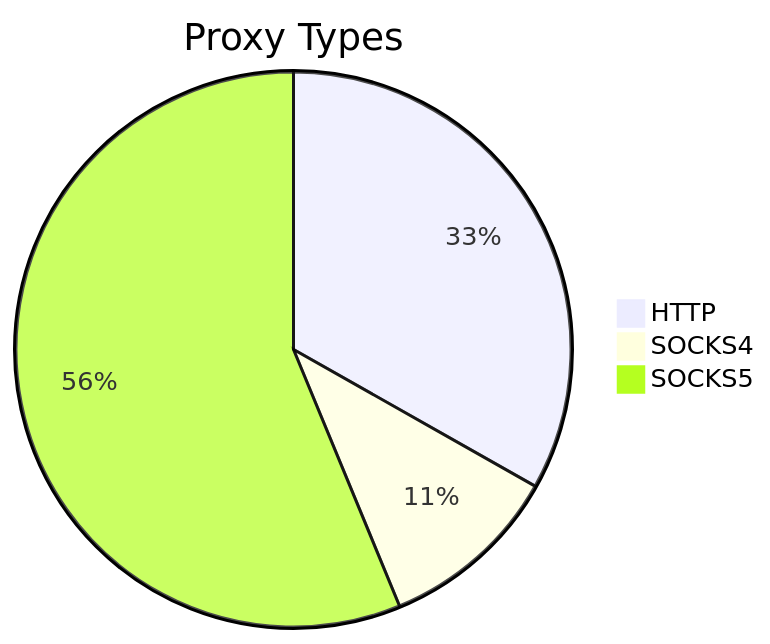
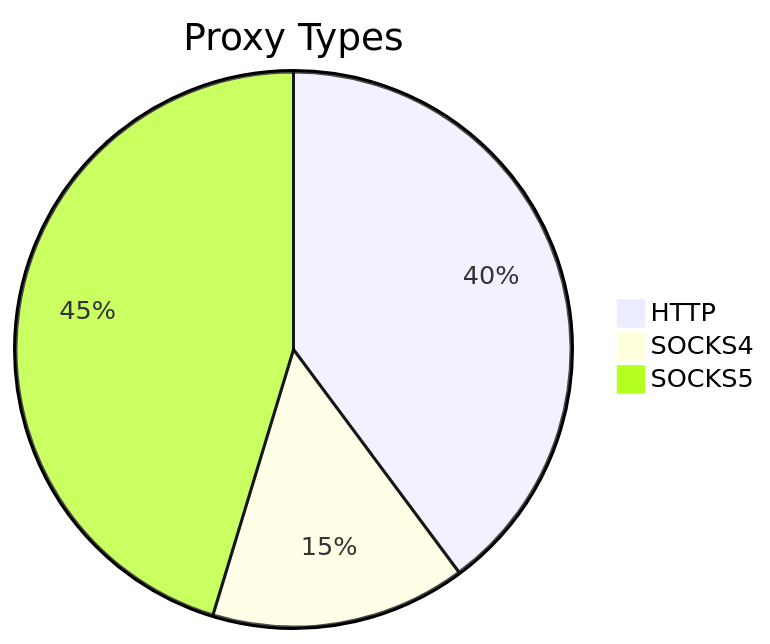
Before and after one commit to stormsia/proxy-list: the first of 2 diagrams in README.md, drawn with Mermaid. The commit also changed other lines of this file, not shown here.

````diff
--- a/README.md
+++ b/README.md
@@ -21,6 +21,6 @@
 ```mermaid
 pie title Proxy Types
-    "HTTP" : 157
-    "SOCKS4" : 50
-    "SOCKS5" : 266
+    "HTTP" : 378
+    "SOCKS4" : 141
+    "SOCKS5" : 430
 ```
````
